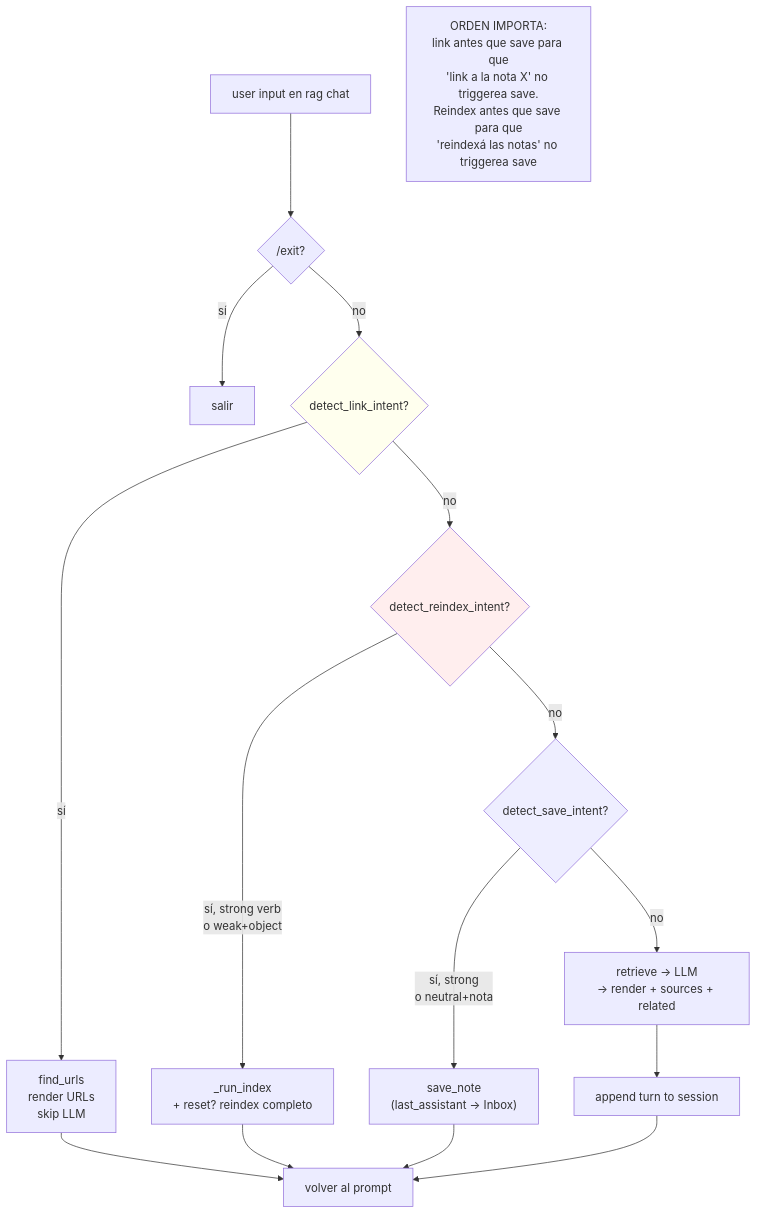
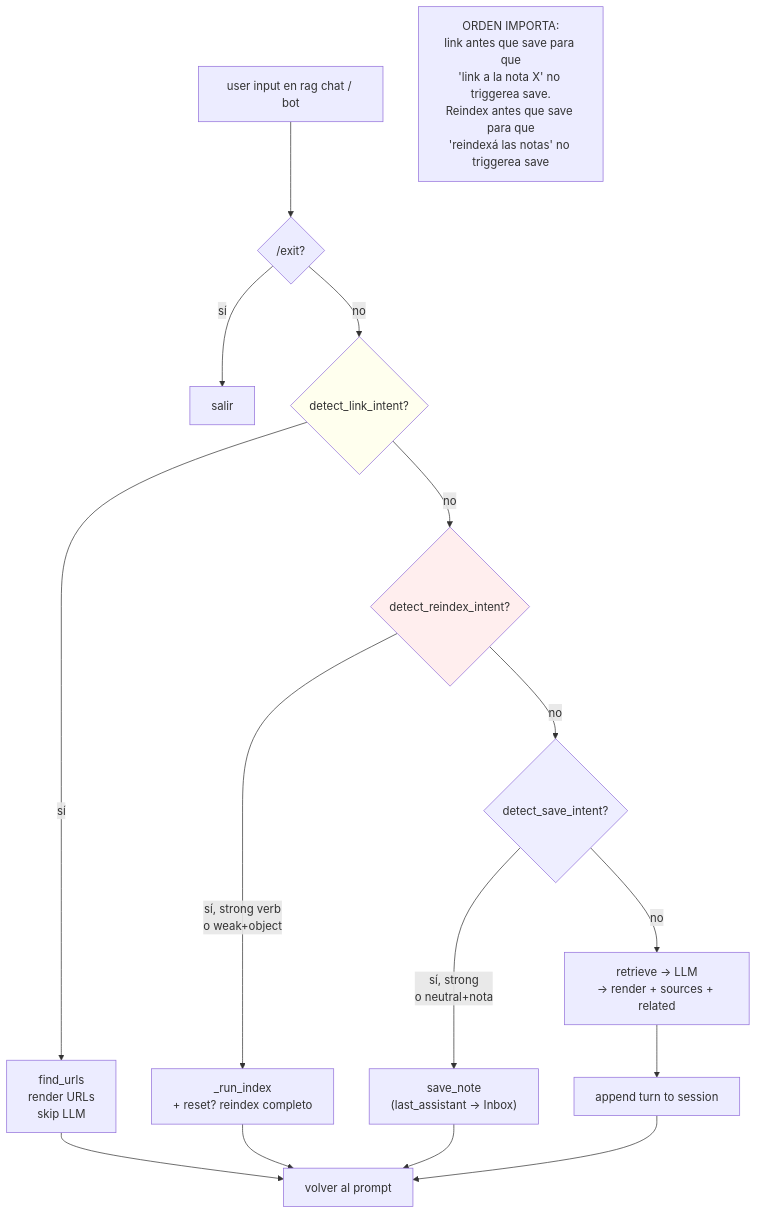
Before and after one commit to jagoff/rag-obsidian: the seventh of 13 diagrams in docs/SYSTEM.md, drawn with Mermaid. The commit also changed other lines of this file, not shown here.

First line of the commit message:
docs(SYSTEM): sección Ambient Agent + 2-bot split + ambient storage

````diff
--- a/docs/SYSTEM.md
+++ b/docs/SYSTEM.md
@@ -312,24 +370,24 @@
 ```mermaid
 flowchart TD
-    Input[user input en rag chat]
+    Input[user input en rag chat / bot]
     Input --> Q{/exit?}
     Q -->|sí| Exit[salir]
     Q -->|no| LnkI{detect_link_intent?}
     LnkI -->|sí| L[find_urls<br/>render URLs<br/>skip LLM]
     LnkI -->|no| RxI{detect_reindex_intent?}
     RxI -->|sí, strong verb<br/>o weak+object| RX["_run_index<br/>+ reset? reindex completo"]
     RxI -->|no| SvI{detect_save_intent?}
     SvI -->|sí, strong<br/>o neutral+nota| SV["save_note<br/>(last_assistant → Inbox)"]
     SvI -->|no| Default["retrieve → LLM<br/>→ render + sources + related"]
     Default --> Persist[append turn to session]
     Persist --> Loop[volver al prompt]
     L --> Loop
     RX --> Loop
     SV --> Loop
 
     style LnkI fill:#ffe
     style RxI fill:#fee
     style SvI fill:#eef
 
     Note1["ORDEN IMPORTA:<br/>link antes que save para que<br/>'link a la nota X' no triggerea save.<br/>Reindex antes que save para que<br/>'reindexá las notas' no triggerea save"]
 ```
````
